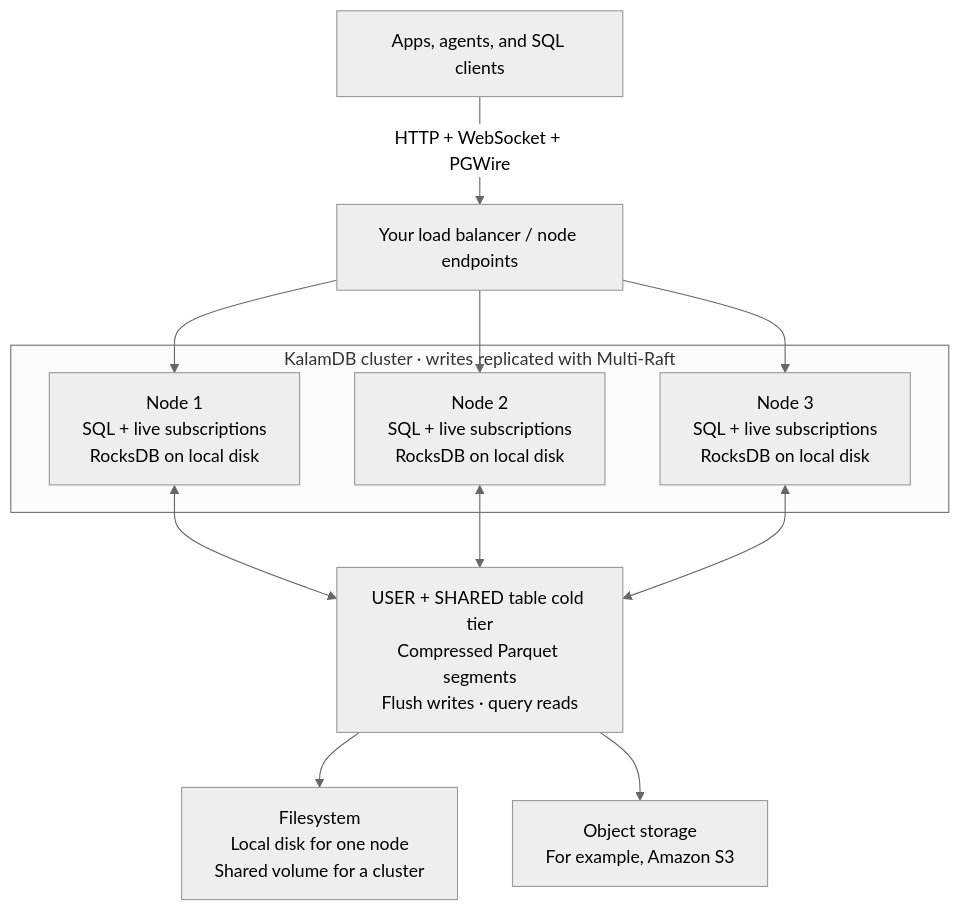
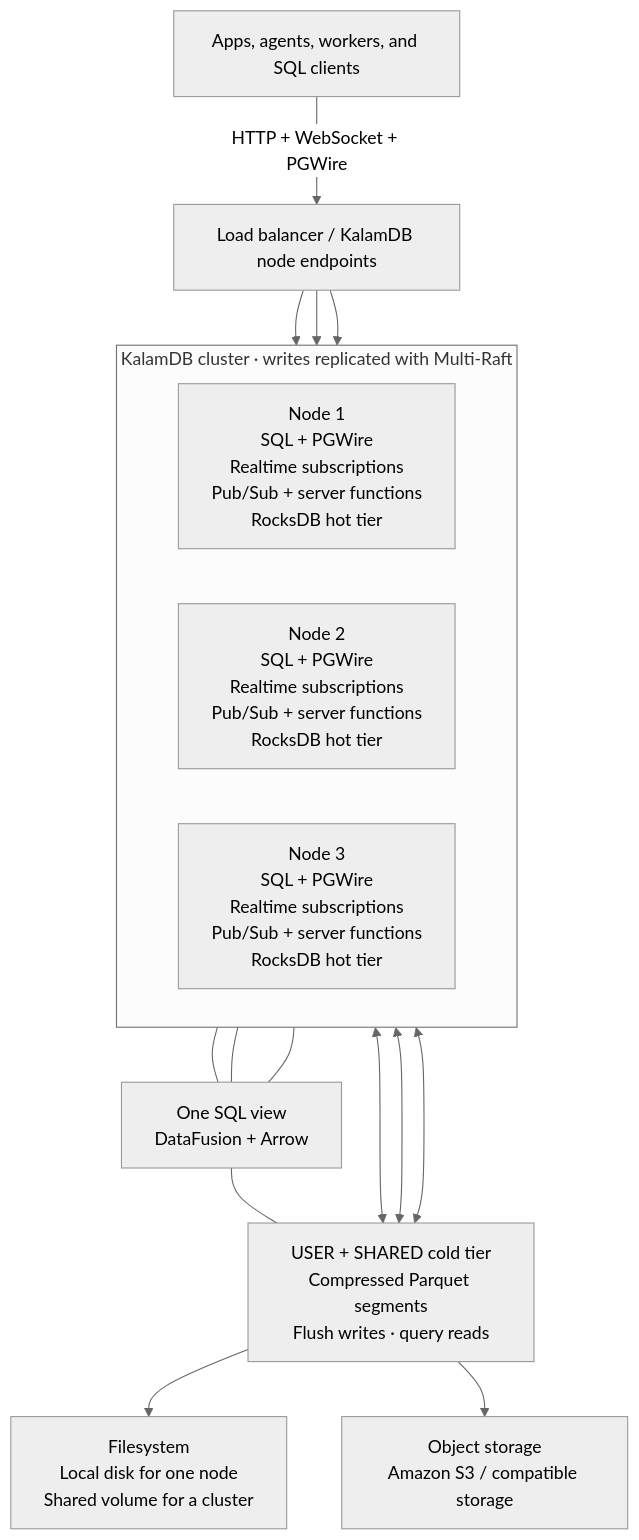
The diagram in README.md (kalamdb/KalamDB), drawn with Mermaid (neutral theme) before and after one commit. The commit also changed other lines of this file, not shown here.

First line of the commit message:
Revise README for updated KalamDB features

````diff
--- a/README.md
+++ b/README.md
@@ -139,21 +172,32 @@
 ```mermaid
 flowchart TB
-    Apps["Apps, agents, and SQL clients"] -->|"HTTP + WebSocket + PGWire"| Entry["Your load balancer / node endpoints"]
+    Apps["Apps, agents, workers, and SQL clients"]
+
+    Apps -->|"HTTP + WebSocket + PGWire"| Entry["Load balancer / KalamDB node endpoints"]
 
     subgraph Cluster["KalamDB cluster · writes replicated with Multi-Raft"]
-        N1["Node 1<br/>SQL + live subscriptions<br/>RocksDB on local disk"]
-        N2["Node 2<br/>SQL + live subscriptions<br/>RocksDB on local disk"]
-        N3["Node 3<br/>SQL + live subscriptions<br/>RocksDB on local disk"]
+        direction LR
+        N1["Node 1<br/>SQL + PGWire<br/>Realtime subscriptions<br/>Pub/Sub + server functions<br/>RocksDB hot tier"]
+        N2["Node 2<br/>SQL + PGWire<br/>Realtime subscriptions<br/>Pub/Sub + server functions<br/>RocksDB hot tier"]
+        N3["Node 3<br/>SQL + PGWire<br/>Realtime subscriptions<br/>Pub/Sub + server functions<br/>RocksDB hot tier"]
     end
 
     Entry --> N1
     Entry --> N2
     Entry --> N3
 
     N1 <--> Cold
     N2 <--> Cold
     N3 <--> Cold
-    Cold["USER + SHARED table cold tier<br/>Compressed Parquet segments<br/>Flush writes · query reads"]
+
+    Cold["USER + SHARED cold tier<br/>Compressed Parquet segments<br/>Flush writes · query reads"]
+
     Cold --> Disk["Filesystem<br/>Local disk for one node<br/>Shared volume for a cluster"]
-    Cold --> Object["Object storage<br/>For example, Amazon S3"]
+    Cold --> Object["Object storage<br/>Amazon S3 / compatible storage"]
+
+    Query["One SQL view<br/>DataFusion + Arrow"]
+    N1 --- Query
+    N2 --- Query
+    N3 --- Query
+    Query --- Cold
 ```
````
